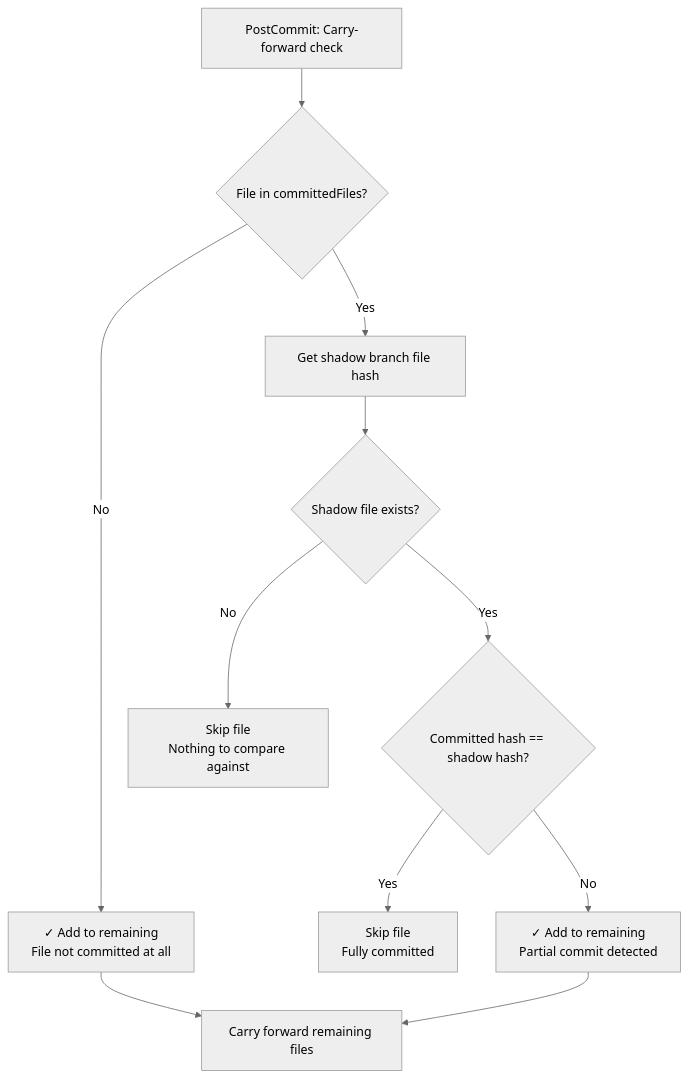
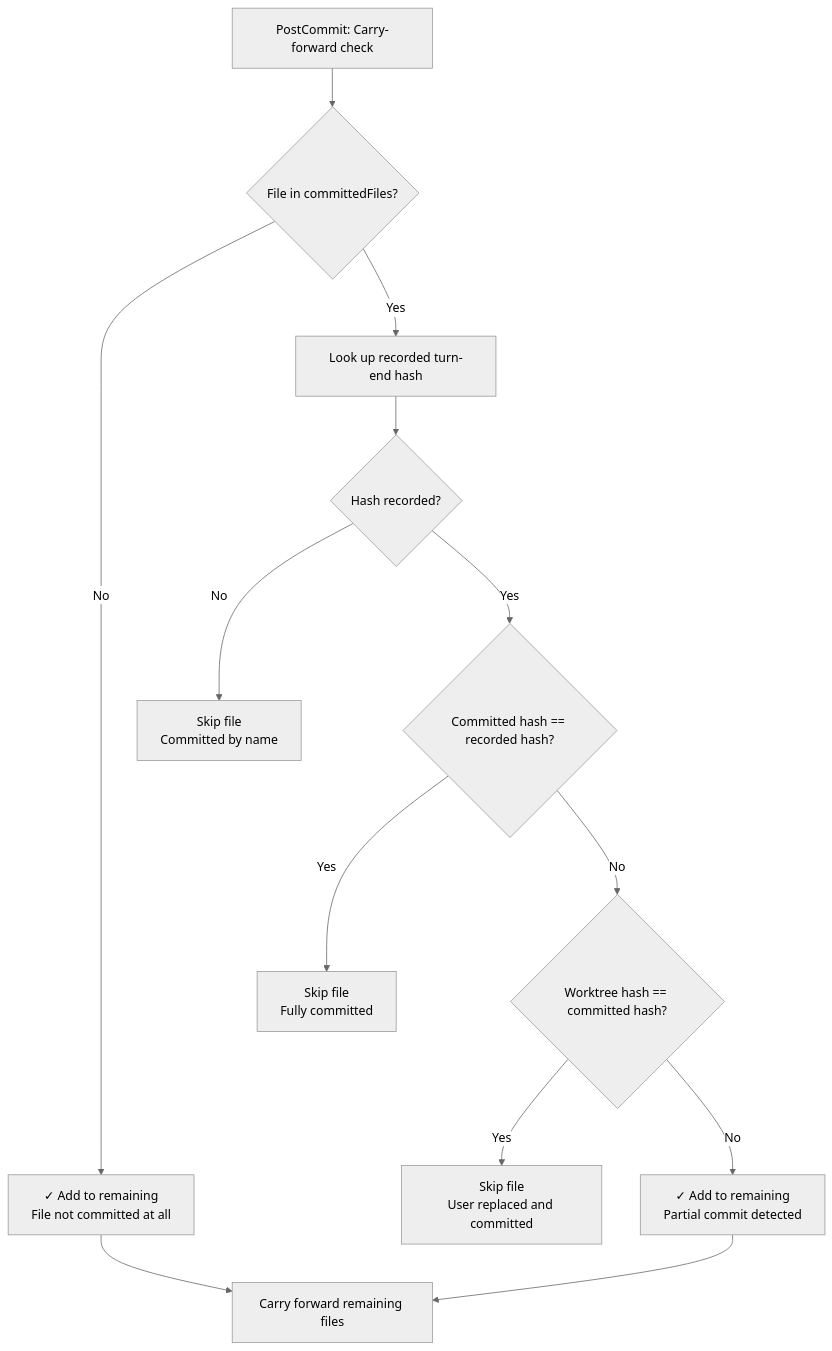
Before and after one commit to entireio/cli: the seventh of 10 diagrams in docs/architecture/checkpoint-scenarios.md, drawn with Mermaid (neutral theme). The commit also changed other lines of this file and 17 other files, not shown here.

````diff
--- a/docs/architecture/checkpoint-scenarios.md
+++ b/docs/architecture/checkpoint-scenarios.md
@@ -450,14 +275,16 @@
 ```mermaid
 flowchart TD
     A[PostCommit: Carry-forward check] --> B{File in committedFiles?}
     B -->|No| C[✓ Add to remaining<br/>File not committed at all]
-    B -->|Yes| D[Get shadow branch file hash]
-    D --> E{Shadow file exists?}
-    E -->|No| F[Skip file<br/>Nothing to compare against]
-    E -->|Yes| G{Committed hash == shadow hash?}
+    B -->|Yes| D[Look up recorded turn-end hash]
+    D --> E{Hash recorded?}
+    E -->|No| F[Skip file<br/>Committed by name]
+    E -->|Yes| G{Committed hash == recorded hash?}
     G -->|Yes| H[Skip file<br/>Fully committed]
-    G -->|No| I[✓ Add to remaining<br/>Partial commit detected]
+    G -->|No| K{Worktree hash == committed hash?}
+    K -->|Yes| L[Skip file<br/>User replaced and committed]
+    K -->|No| I[✓ Add to remaining<br/>Partial commit detected]
 
     C --> J[Carry forward remaining files]
     I --> J
 ```
````
